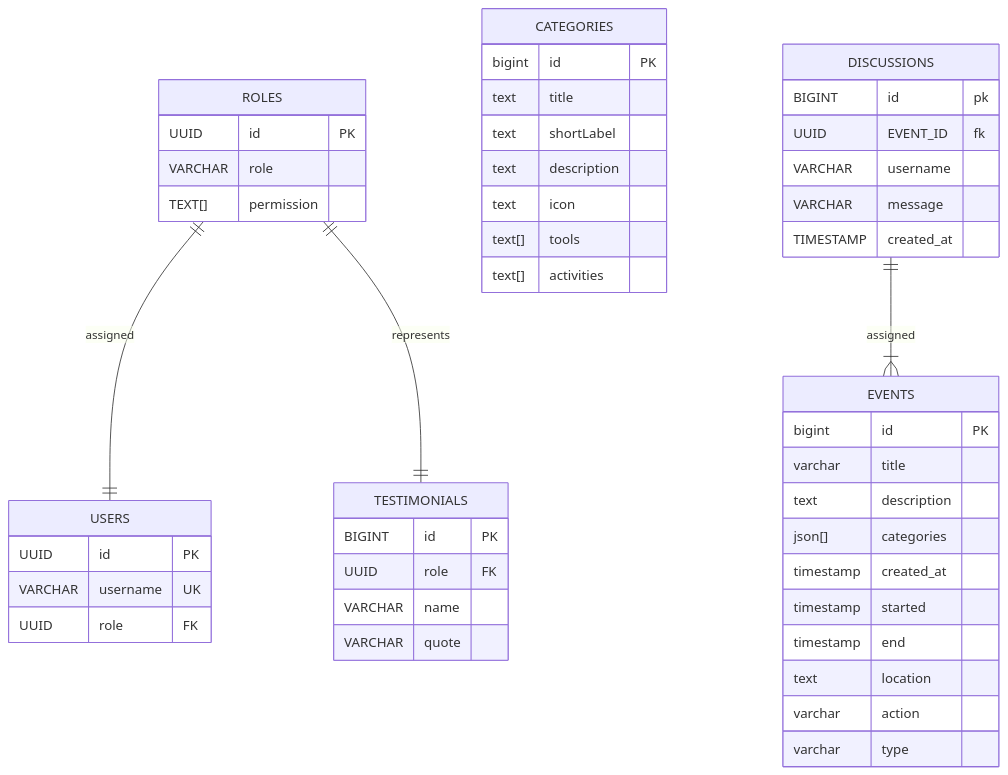
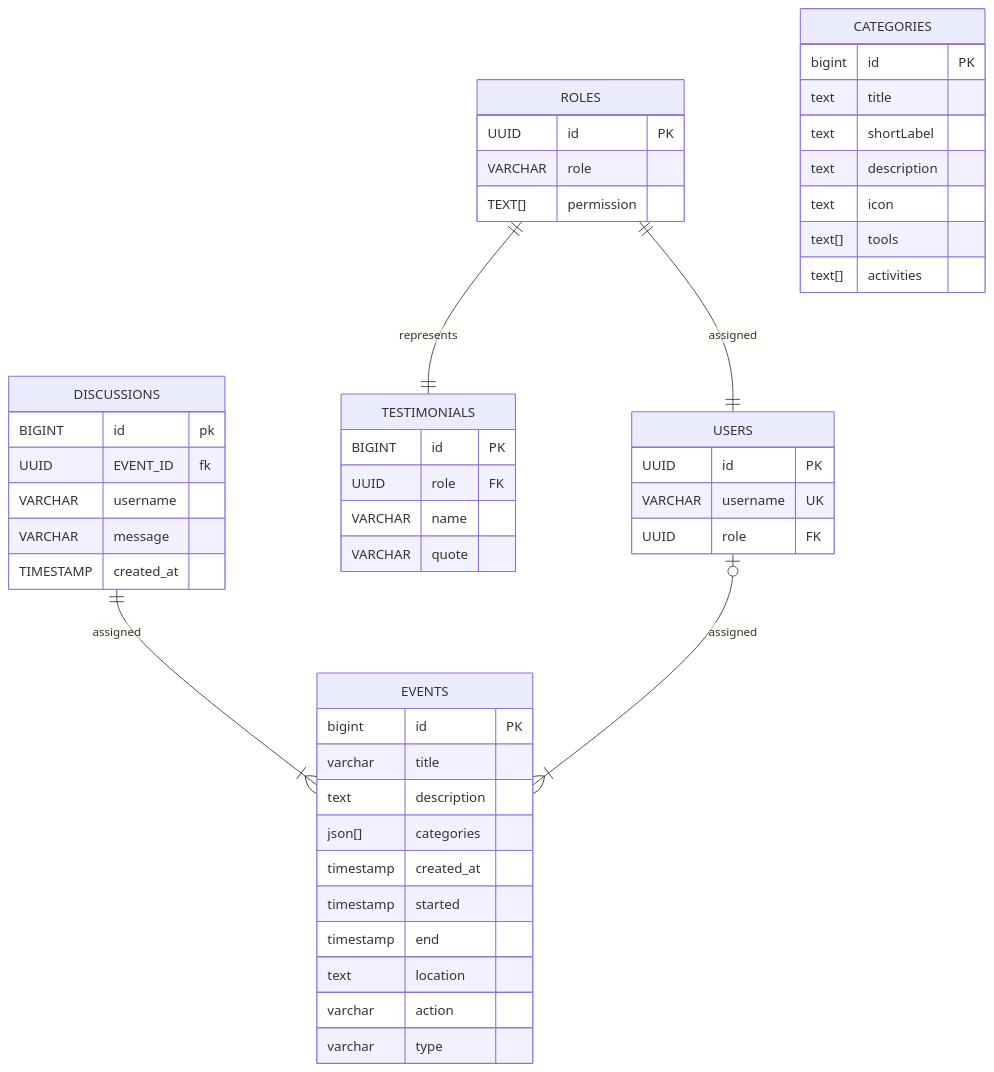
One commit to RyannKim327/org-portfolio changed the diagram in README.md. Above: the diagram before and after it, drawn with Mermaid.

Commit message:
docs: added zero or one is to one to many in relationship

````diff
--- a/README.md
+++ b/README.md
@@ -163,56 +163,57 @@
 ```mermaid
 erDiagram
     ROLES {
         UUID id PK
         VARCHAR role
         TEXT[] permission
     } 
 
     USERS {
         UUID id PK
         VARCHAR username UK
         UUID role FK
     }
 
     TESTIMONIALS {
         BIGINT id PK
         UUID role FK
         VARCHAR name
         VARCHAR quote
     }
 
     EVENTS {
         bigint id PK
         varchar title
         text description
         json[] categories
         timestamp created_at
         timestamp started
         timestamp end
         text location
         varchar action
         varchar type
     }
 
     CATEGORIES {
         bigint id PK
         text title
         text shortLabel
         text description
         text icon
         text[] tools
         text[] activities
     }
     
     DISCUSSIONS {
       BIGINT id pk
       UUID EVENT_ID fk
       VARCHAR username
       VARCHAR message
       TIMESTAMP created_at 
     }    
     
     ROLES ||--|| USERS : assigned
     ROLES ||--|| TESTIMONIALS : represents
     DISCUSSIONS ||--|{ EVENTS : assigned
+    USERS o|--|{ EVENTS : assigned
 ```
````
